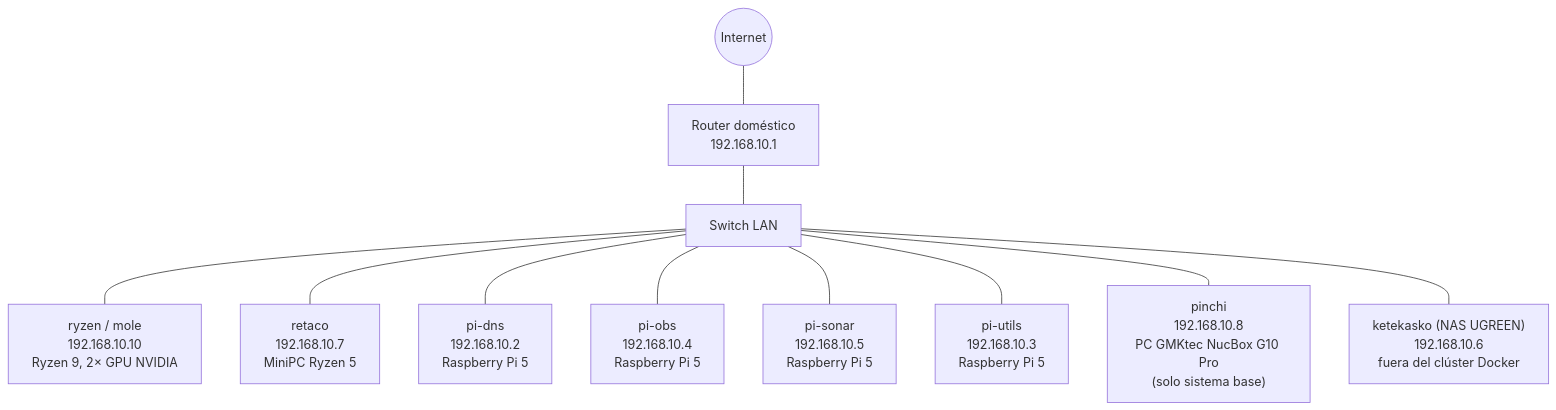
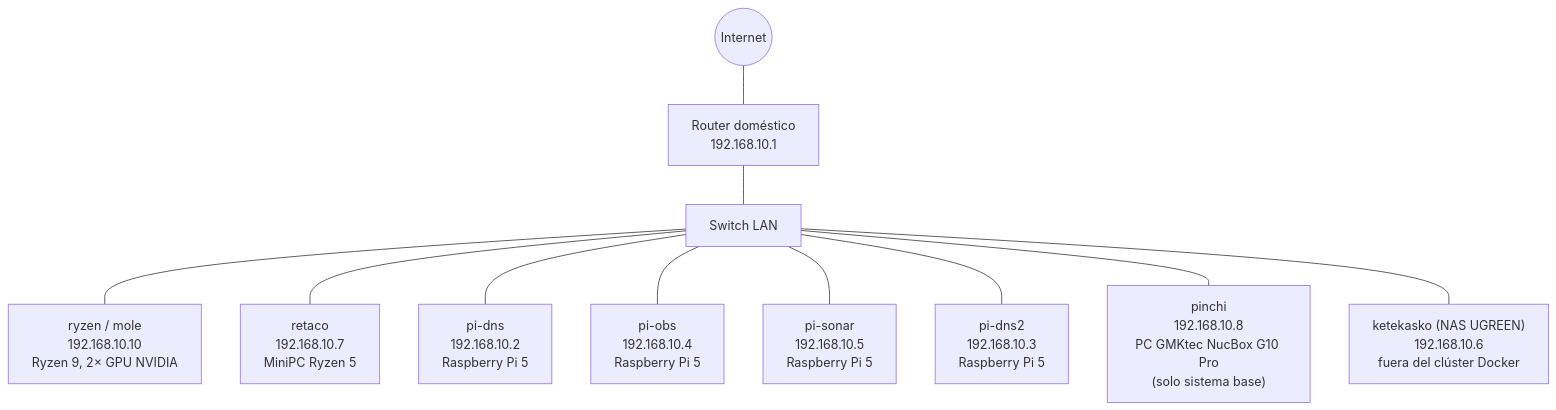
Before and after one commit to impalah/homelab-cluster: the first of 7 diagrams in docs/01-topologia.md, drawn with Mermaid. The commit also changed other lines of this file and 39 other files, not shown here.

First line of the commit message:
Mejora 55: DNS de respaldo en pi-dns2 (antes pi-utils)

````diff
--- a/docs/01-topologia.md
+++ b/docs/01-topologia.md
@@ -24,17 +27,17 @@
 ```mermaid
 flowchart TB
     Internet((Internet))
     Router["Router doméstico\n192.168.10.1"]
     Switch["Switch LAN"]
 
     Internet --- Router --- Switch
 
     Switch --- ryzen["ryzen / mole\n192.168.10.10\nRyzen 9, 2× GPU NVIDIA"]
     Switch --- retaco["retaco\n192.168.10.7\nMiniPC Ryzen 5"]
     Switch --- pidns["pi-dns\n192.168.10.2\nRaspberry Pi 5"]
     Switch --- piobs["pi-obs\n192.168.10.4\nRaspberry Pi 5"]
     Switch --- pisonar["pi-sonar\n192.168.10.5\nRaspberry Pi 5"]
-    Switch --- piutils["pi-utils\n192.168.10.3\nRaspberry Pi 5"]
+    Switch --- piutils["pi-dns2\n192.168.10.3\nRaspberry Pi 5"]
     Switch --- pinchi["pinchi\n192.168.10.8\nPC GMKtec NucBox G10 Pro\n(solo sistema base)"]
     Switch --- nas["ketekasko (NAS UGREEN)\n192.168.10.6\nfuera del clúster Docker"]
 ```
````
